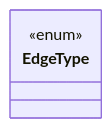
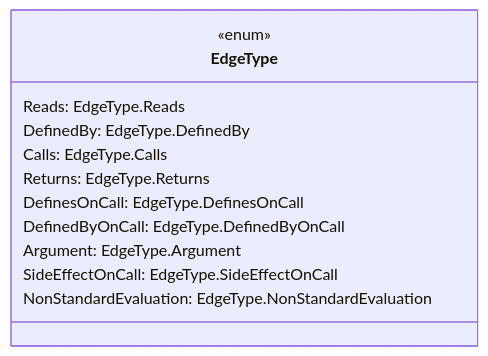
One commit to flowr-analysis/flowr changed the third of 46 diagrams in wiki/Dataflow Graph.md. Above: the diagram before and after it, drawn with Mermaid. The commit also changed other lines of this file and 3 other files, not shown here.

````diff
--- a/wiki/Dataflow Graph.md
+++ b/wiki/Dataflow Graph.md
@@ -197,7 +197,16 @@
 ```mermaid
 classDiagram
 direction RL
 class EdgeType
     <<enum>> EdgeType
+    EdgeType : Reads#58; EdgeType.Reads
+    EdgeType : DefinedBy#58; EdgeType.DefinedBy
+    EdgeType : Calls#58; EdgeType.Calls
+    EdgeType : Returns#58; EdgeType.Returns
+    EdgeType : DefinesOnCall#58; EdgeType.DefinesOnCall
+    EdgeType : DefinedByOnCall#58; EdgeType.DefinedByOnCall
+    EdgeType : Argument#58; EdgeType.Argument
+    EdgeType : SideEffectOnCall#58; EdgeType.SideEffectOnCall
+    EdgeType : NonStandardEvaluation#58; EdgeType.NonStandardEvaluation
 click EdgeType href "https://github.com/flowr-analysis/flowr/tree/main//src/dataflow/graph/edge.ts#L17" "Represents the relationship between the source and the target vertex in the dataflow graph.  #42; The actual value is represented as a bitmask so use; #123;@link edgeTypesToNames#125;; to get something more human#45;readable.  #42; Similarly, you can access; #123;@link EdgeTypeName#125;; to access the name counterpart."
 ```
````
